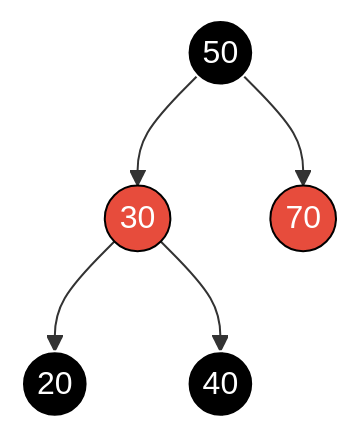
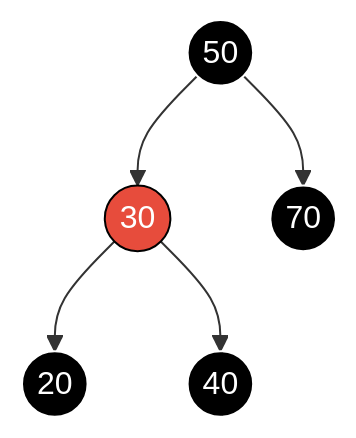
One commit to djaimej/computer-science-template changed the third of 3 diagrams in public/documents/semester-2/2/22123.md. Above: the diagram before and after it, drawn with Mermaid. The commit also changed other lines of this file and 44 other files, not shown here.

````diff
--- a/public/documents/semester-2/2/22123.md
+++ b/public/documents/semester-2/2/22123.md
@@ -108,16 +117,16 @@
 ```mermaid
 graph TD
     A((50)) --> B((30))
     A --> C((70))
     B --> D((20))
     B --> E((40))
 
 A:::Black
 B:::Red
-C:::Red
+C:::Black
 D:::Black
 E:::Black
 
 classDef Red fill:#e74c3c,stroke:#000,color:#FFF;
 classDef Black fill:#000000,stroke:#FFF,color:#FFF;
 ```
````
